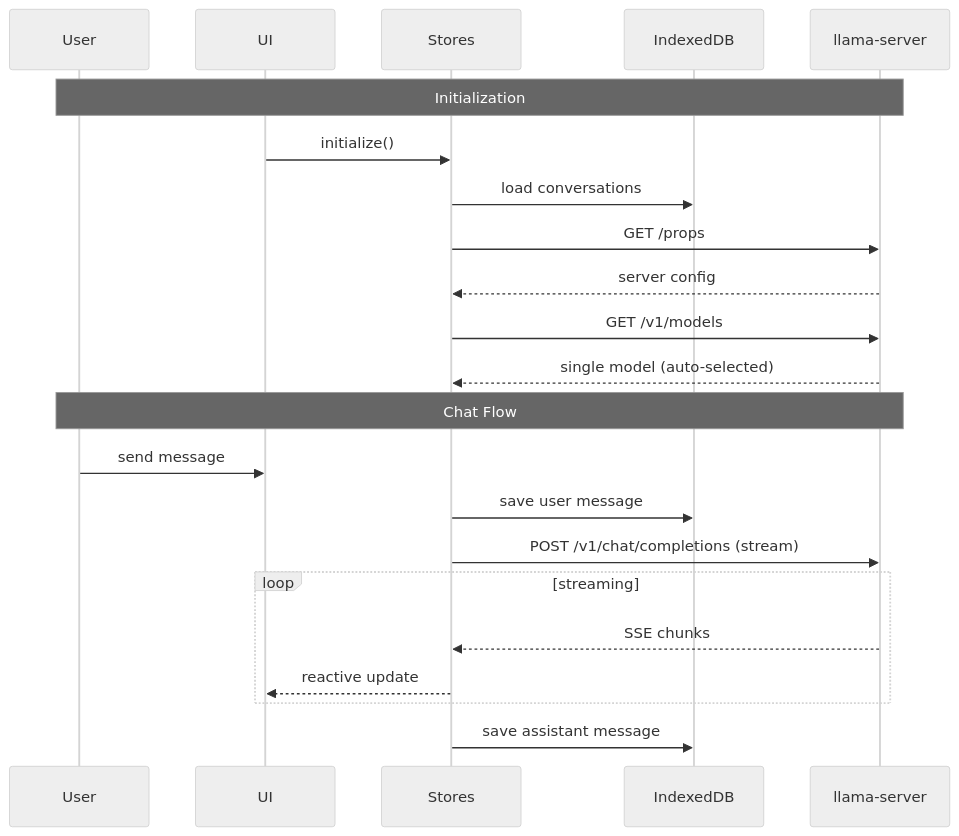
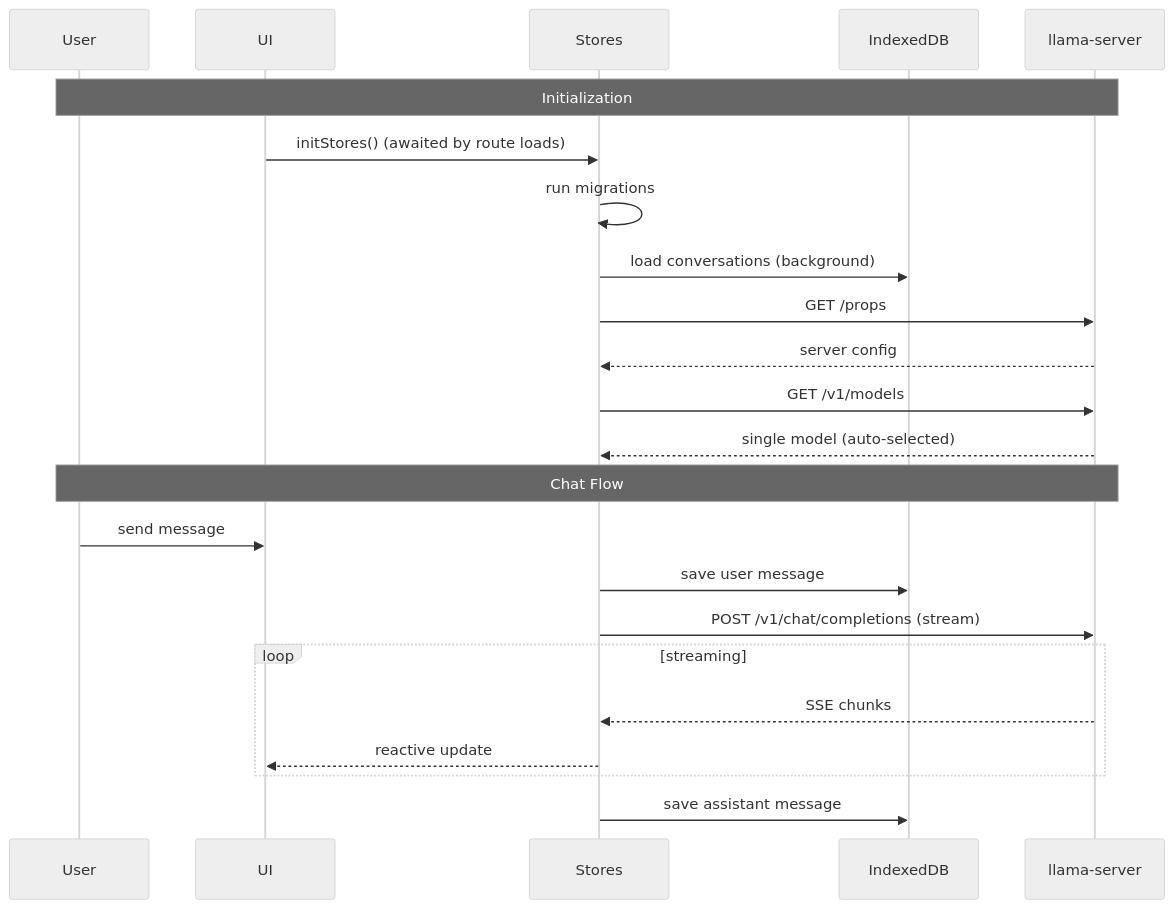
Before and after one commit to Raudbjorn/ggml-llama.cpp: the second of 5 diagrams in tools/ui/README.md, drawn with Mermaid (neutral theme). The commit also changed other lines of this file and 1438 other files, not shown here.

````diff
--- a/tools/ui/README.md
+++ b/tools/ui/README.md
@@ -397,26 +463,27 @@
 ```mermaid
 sequenceDiagram
     participant User
     participant UI
     participant Stores
     participant DB as IndexedDB
     participant API as llama-server
 
     Note over User,API: Initialization
-    UI->>Stores: initialize()
-    Stores->>DB: load conversations
+    UI->>Stores: initStores() (awaited by route loads)
+    Stores->>Stores: run migrations
+    Stores->>DB: load conversations (background)
     Stores->>API: GET /props
     API-->>Stores: server config
     Stores->>API: GET /v1/models
     API-->>Stores: single model (auto-selected)
 
     Note over User,API: Chat Flow
     User->>UI: send message
     Stores->>DB: save user message
     Stores->>API: POST /v1/chat/completions (stream)
     loop streaming
         API-->>Stores: SSE chunks
         Stores-->>UI: reactive update
     end
     Stores->>DB: save assistant message
 ```
````
